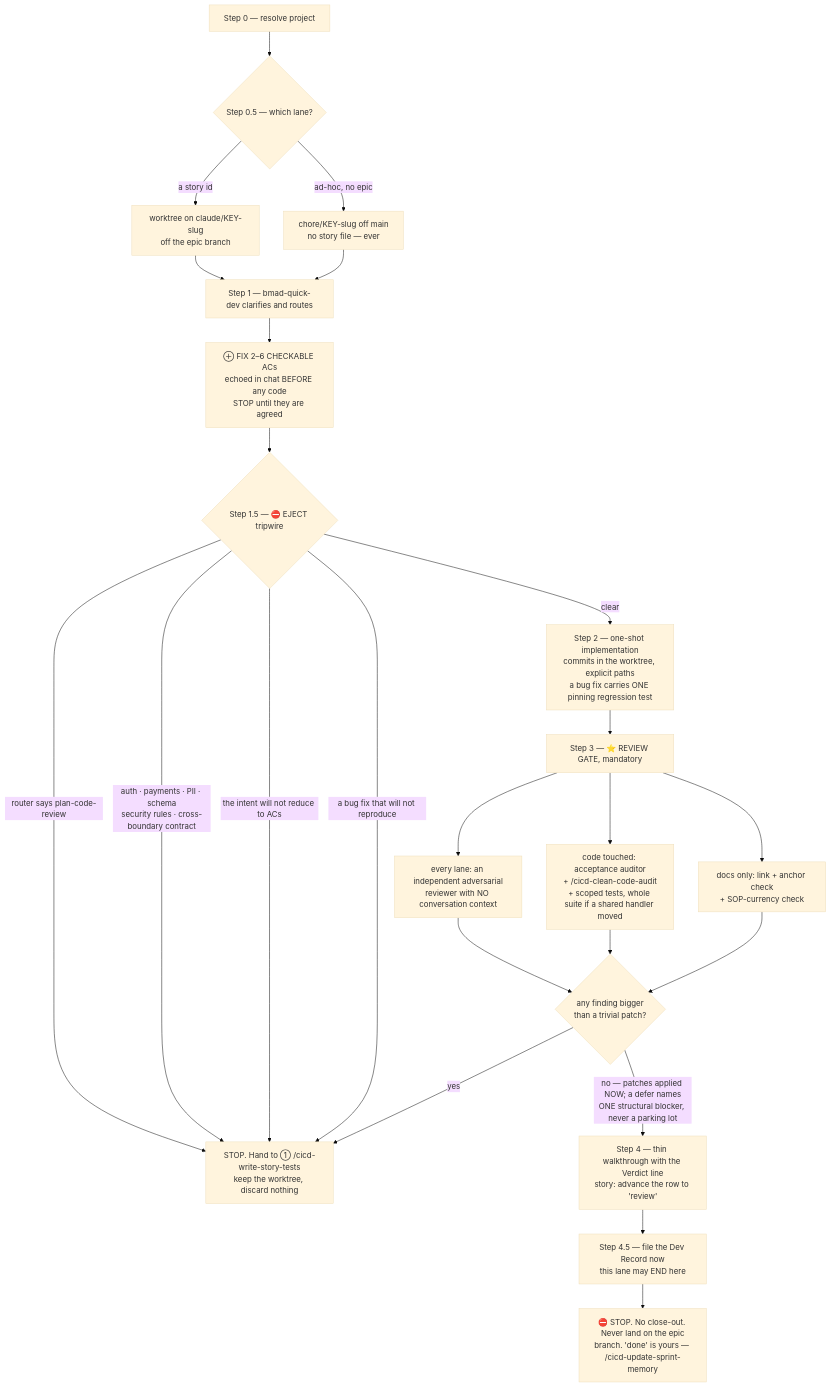
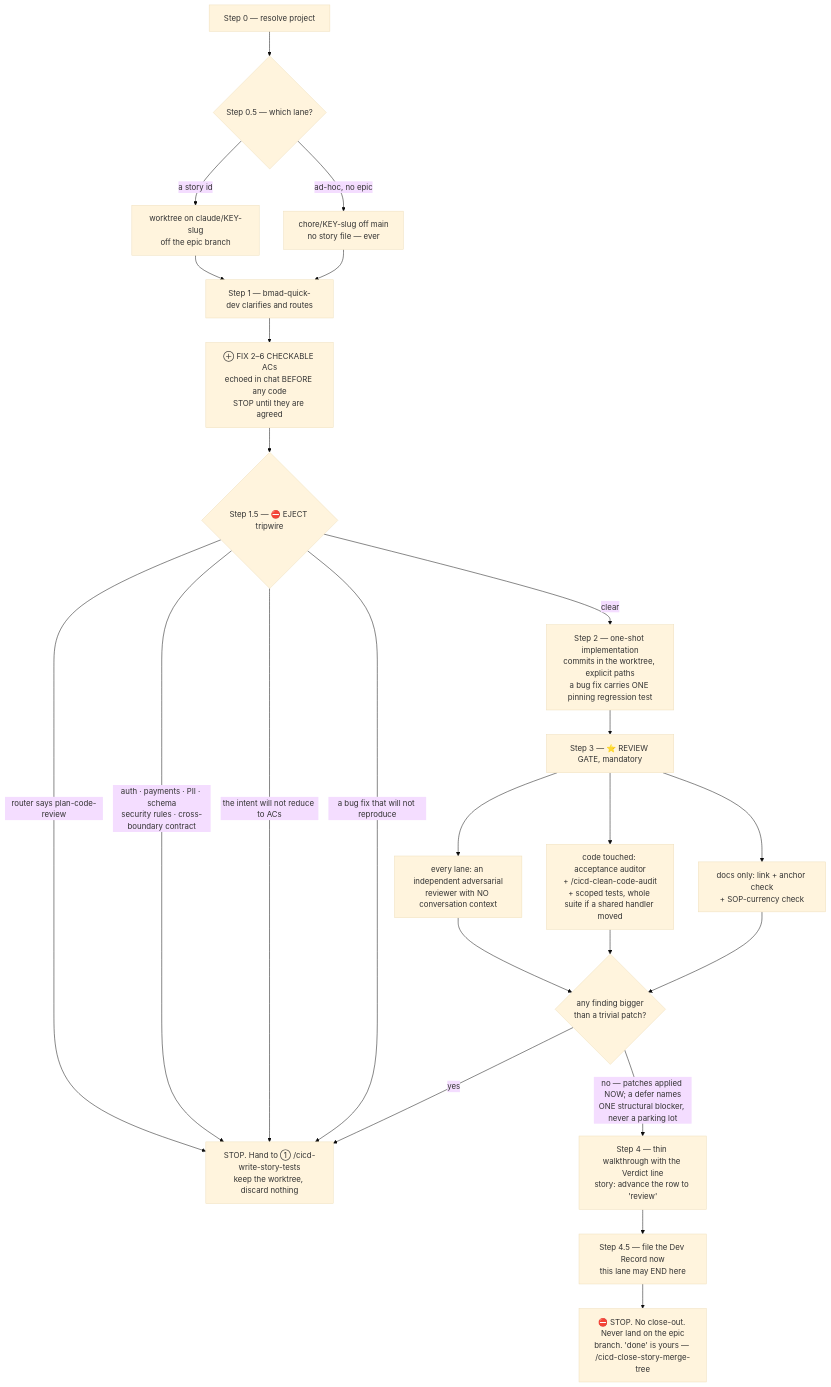
Before and after one commit to sudomadhatter/Sudo_Hatter_Command: diagram 25 of 45 in docs/_scc_sops_prds/workflows_testing_SOP.md, drawn with Mermaid (base theme). The commit also changed other lines of this file and 97 other files, not shown here.

First line of the commit message:
SCC-210 rebalance the cicd close-out: the door, the save, and the prune

````diff
--- a/docs/_scc_sops_prds/workflows_testing_SOP.md
+++ b/docs/_scc_sops_prds/workflows_testing_SOP.md
@@ -2727,26 +2757,26 @@
 ```mermaid
 flowchart TD
     S0["Step 0 — resolve project"] --> S05{"Step 0.5 — which lane?"}
     S05 -- "a story id" --> WT["worktree on claude/KEY-slug\noff the epic branch"]
     S05 -- "ad-hoc, no epic" --> CH["chore/KEY-slug off main\nno story file — ever"]
     WT --> S1["Step 1 — bmad-quick-dev clarifies and routes"]
     CH --> S1
     S1 --> AC["⊕ FIX 2–6 CHECKABLE ACs\nechoed in chat BEFORE any code\nSTOP until they are agreed"]
     AC --> S15{"Step 1.5 — ⛔ EJECT tripwire"}
     S15 -- "router says plan-code-review" --> EJ["STOP. Hand to ① /cicd-write-story-tests\nkeep the worktree, discard nothing"]
     S15 -- "auth · payments · PII · schema\nsecurity rules · cross-boundary contract" --> EJ
     S15 -- "the intent will not reduce to ACs" --> EJ
     S15 -- "a bug fix that will not reproduce" --> EJ
     S15 -- "clear" --> S2["Step 2 — one-shot implementation\ncommits in the worktree, explicit paths\na bug fix carries ONE pinning regression test"]
     S2 --> S3["Step 3 — ⭐ REVIEW GATE, mandatory"]
     S3 --> R1["every lane: an independent adversarial\nreviewer with NO conversation context"]
     S3 --> R2["code touched: acceptance auditor\n+ /cicd-clean-code-audit\n+ scoped tests, whole suite if a shared handler moved"]
     S3 --> R3["docs only: link + anchor check\n+ SOP-currency check"]
     R1 --> F{"any finding bigger\nthan a trivial patch?"}
     R2 --> F
     R3 --> F
     F -- "yes" --> EJ
     F -- "no — patches applied NOW; a defer names\nONE structural blocker, never a parking lot" --> S4["Step 4 — thin walkthrough with the Verdict line\nstory: advance the row to 'review'"]
     S4 --> S45["Step 4.5 — file the Dev Record now\nthis lane may END here"]
-    S45 --> STOP2["⛔ STOP. No close-out. Never land on the epic\nbranch. 'done' is yours — /cicd-update-sprint-memory"]
+    S45 --> STOP2["⛔ STOP. No close-out. Never land on the epic\nbranch. 'done' is yours — /cicd-close-story-merge-tree"]
 ```
````
